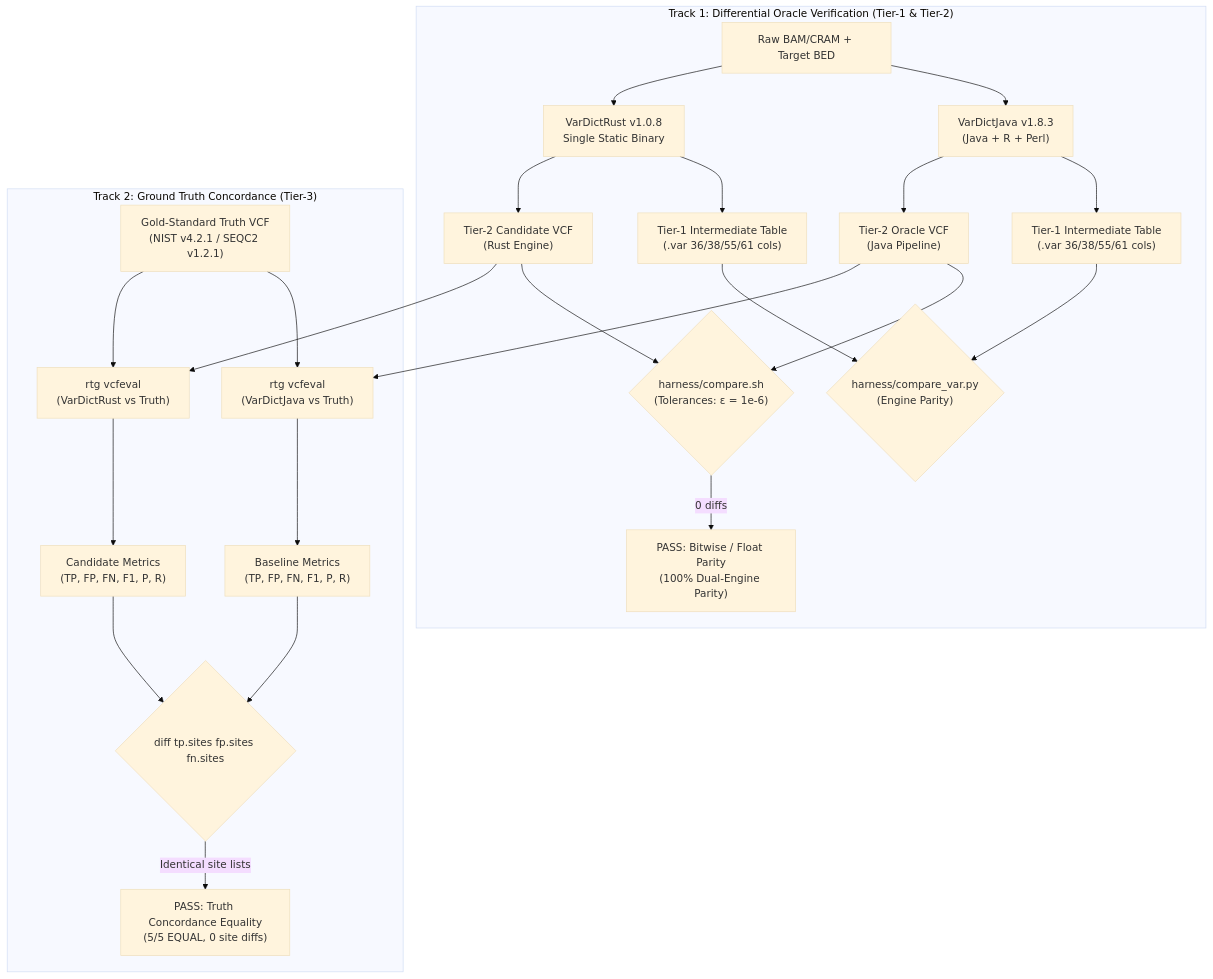
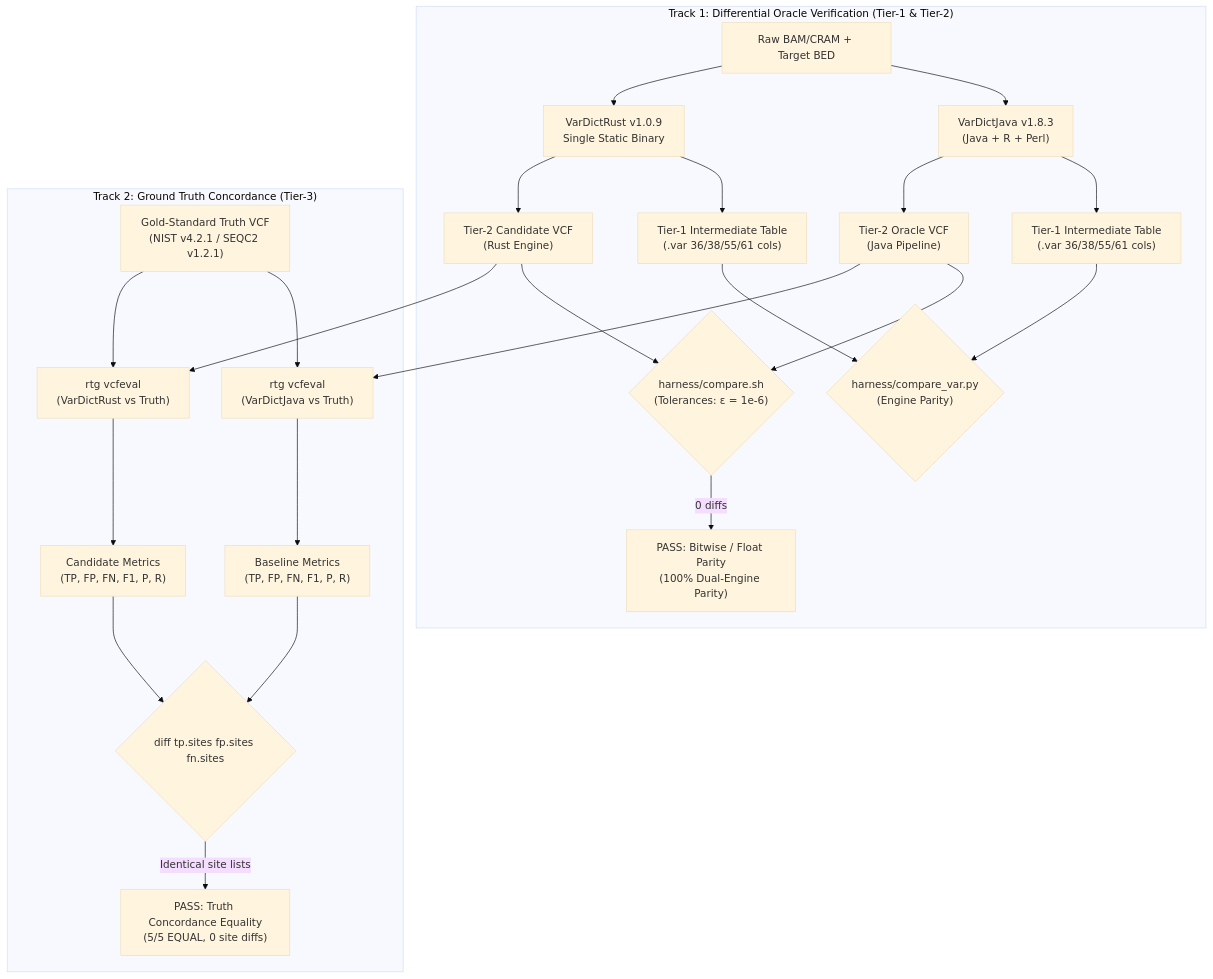
Before and after one commit to palakpsheth/VarDictRust: the diagram in docs/validation/omnibus-empirical-validation.md, drawn with Mermaid (base theme). The commit also changed other lines of this file and 40 other files, not shown here.

````diff
--- a/docs/validation/omnibus-empirical-validation.md
+++ b/docs/validation/omnibus-empirical-validation.md
@@ -62,27 +62,27 @@
 ```mermaid
 flowchart TD
     subgraph Track1 ["Track 1: Differential Oracle Verification (Tier-1 & Tier-2)"]
         D1["Raw BAM/CRAM + Target BED"] --> VDJ["VarDictJava v1.8.3\n(Java + R + Perl)"]
-        D1 --> VDR["VarDictRust v1.0.8<br/>Single Static Binary"]
+        D1 --> VDR["VarDictRust v1.0.9<br/>Single Static Binary"]
         VDJ --> VAR_J["Tier-1 Intermediate Table\n(.var 36/38/55/61 cols)"]
         VDR --> VAR_R["Tier-1 Intermediate Table\n(.var 36/38/55/61 cols)"]
         VAR_J & VAR_R --> CMP_VAR{"harness/compare_var.py\n(Engine Parity)"}
         VDJ --> VCF_J["Tier-2 Oracle VCF\n(Java Pipeline)"]
         VDR --> VCF_R["Tier-2 Candidate VCF\n(Rust Engine)"]
         VCF_J --> CMP{"harness/compare.sh\n(Tolerances: ε = 1e-6)"}
         VCF_R --> CMP
         CMP -->|0 diffs| MATCH["PASS: Bitwise / Float Parity\n(100% Dual-Engine Parity)"]
     end
 
     subgraph Track2 ["Track 2: Ground Truth Concordance (Tier-3)"]
         VCF_J --> RTG1["rtg vcfeval\n(VarDictJava vs Truth)"]
         VCF_R --> RTG2["rtg vcfeval\n(VarDictRust vs Truth)"]
         TRUTH["Gold-Standard Truth VCF\n(NIST v4.2.1 / SEQC2 v1.2.1)"] --> RTG1
         TRUTH --> RTG2
         RTG1 --> MET_J["Baseline Metrics\n(TP, FP, FN, F1, P, R)"]
         RTG2 --> MET_R["Candidate Metrics\n(TP, FP, FN, F1, P, R)"]
         MET_J --> DIFF{"diff tp.sites fp.sites fn.sites"}
         MET_R --> DIFF
         DIFF -->|Identical site lists| EQUAL["PASS: Truth Concordance Equality\n(5/5 EQUAL, 0 site diffs)"]
     end
 ```
````
